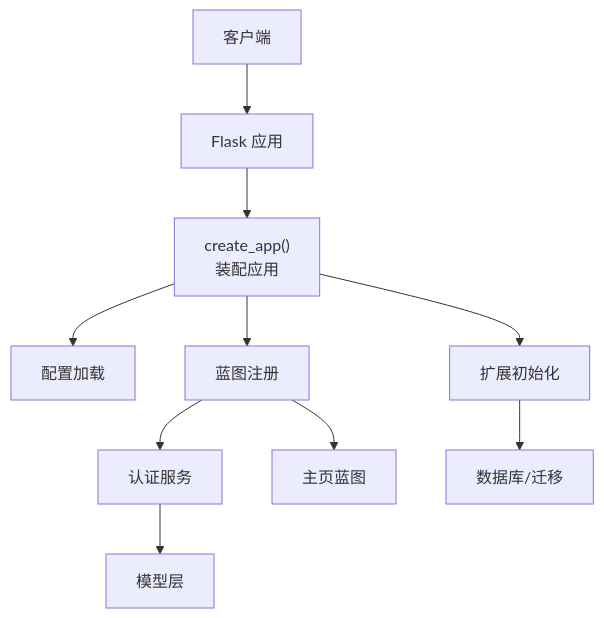
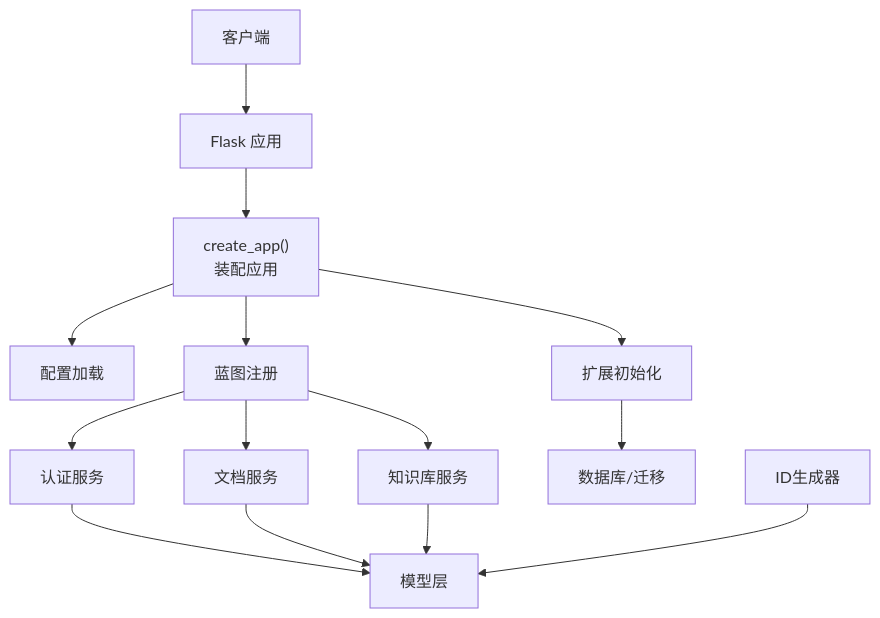
The second of 8 diagrams in .qoder/repowiki/zh/content/开发指南/开发指南.md (beyondalbert/my_wiki), drawn with Mermaid before and after one commit. The commit also changed other lines of this file and 21 other files, not shown here.

````diff
--- a/.qoder/repowiki/zh/content/开发指南/开发指南.md
+++ b/.qoder/repowiki/zh/content/开发指南/开发指南.md
@@ -130,12 +165,16 @@
 ```mermaid
 graph TB
 CLIENT["客户端"] --> FLASK["Flask 应用"]
 FLASK --> FACTORY["create_app()<br/>装配应用"]
 FACTORY --> CFG["配置加载"]
 FACTORY --> EXT["扩展初始化"]
 FACTORY --> BPS["蓝图注册"]
 BPS --> SVC_AUTH["认证服务"]
-BPS --> MAIN_BP["主页蓝图"]
+BPS --> SVC_DOC["文档服务"]
+BPS --> SVC_KB["知识库服务"]
 SVC_AUTH --> MODELS["模型层"]
+SVC_DOC --> MODELS
+SVC_KB --> MODELS
 EXT --> DB["数据库/迁移"]
+IDS["ID生成器"] --> MODELS
 ```
````
